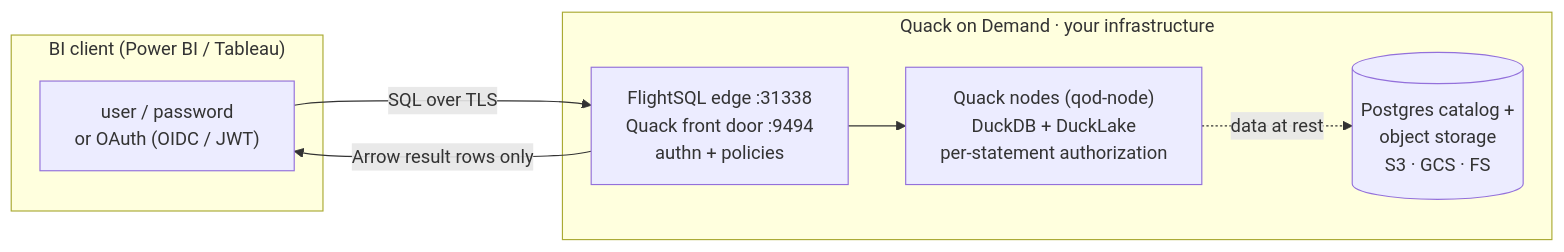
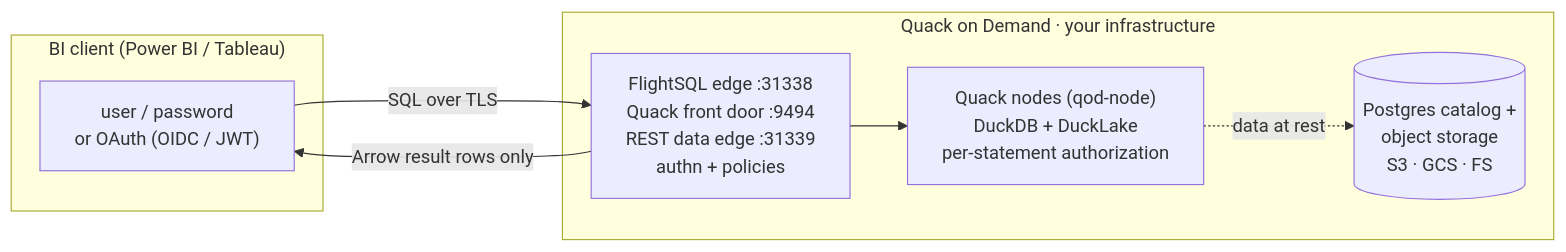
One commit to starlake-ai/quack-on-demand changed the diagram in README.md. Above: the diagram before and after it, drawn with Mermaid. The commit also changed other lines of this file and 4 other files, not shown here.

First line of the commit message:
docs(rest): document the read-only REST data edge

````diff
--- a/README.md
+++ b/README.md
@@ -332,17 +347,17 @@
 ```mermaid
 flowchart LR
     subgraph client["BI client (Power BI / Tableau)"]
         bi["user / password<br/>or OAuth (OIDC / JWT)"]
     end
 
     subgraph server["Quack on Demand · your infrastructure"]
-        edge["FlightSQL edge :31338<br/>Quack front door :9494<br/>authn + policies"]
+        edge["FlightSQL edge :31338<br/>Quack front door :9494<br/>REST data edge :31339<br/>authn + policies"]
         node["Quack nodes (qod-node)<br/>DuckDB + DuckLake<br/>per-statement authorization"]
         store[("Postgres catalog +<br/>object storage<br/>S3 · GCS · FS")]
         edge --> node
         node -. data at rest .-> store
     end
 
     bi -- "SQL over TLS" --> edge
     edge -- "Arrow result rows only" --> bi
 ```
````
